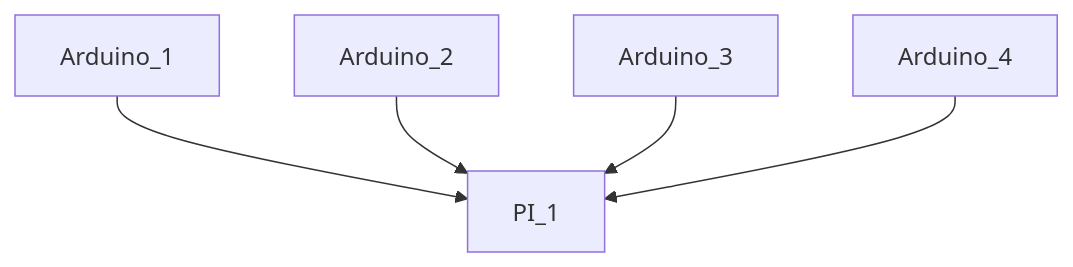
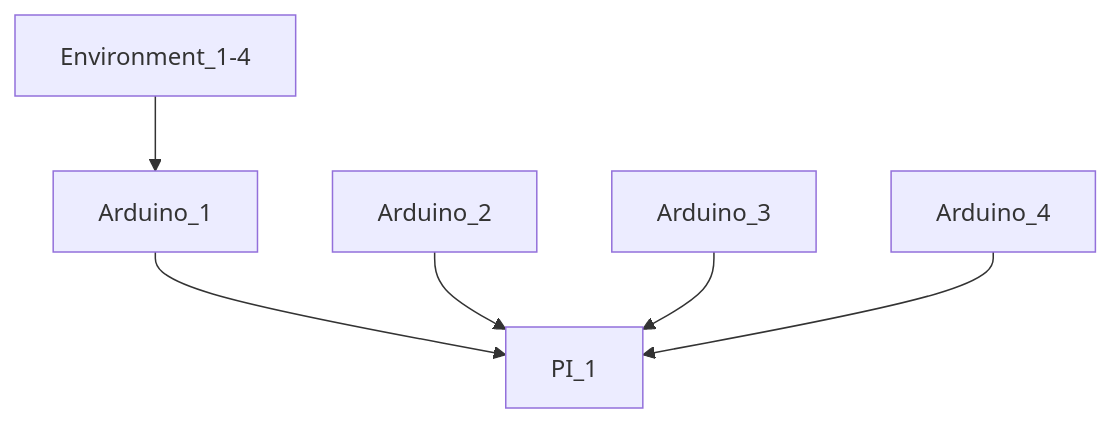
Before and after one commit to StevenAndrewsII/Fung_OS: the diagram in README.md, drawn with Mermaid.

````diff
--- a/README.md
+++ b/README.md
@@ -16,7 +16,7 @@
 ```mermaid
 graph TD;
-    Arduino_1-->PI_1;
+    Environment_1-4 -->Arduino_1-->PI_1;
     Arduino_2-->PI_1;
     Arduino_3-->PI_1;
     Arduino_4-->PI_1;
 ```
````
